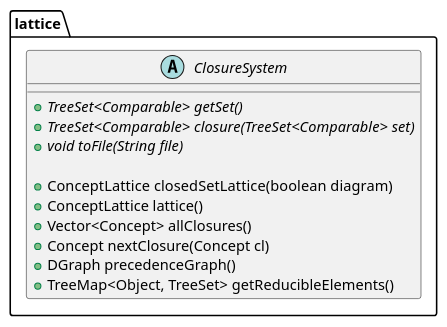
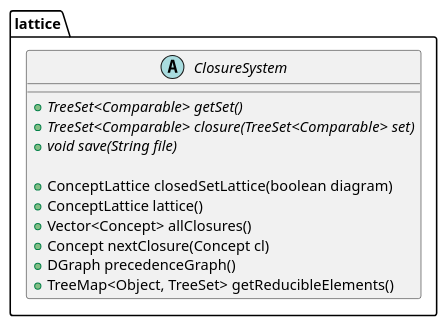
Before and after one commit to thegalactic/java-lattices: the diagram in src/lattice/ClosureSystem.iuml, drawn with PlantUML. The commit also changed 32 other files, not shown here.

```diff
--- a/src/lattice/ClosureSystem.iuml
+++ b/src/lattice/ClosureSystem.iuml
@@ -1,16 +1,16 @@
 package lattice {
     class ClosureSystem {
         +{abstract} TreeSet<Comparable> getSet()
         +{abstract} TreeSet<Comparable> closure(TreeSet<Comparable> set)
-        +{abstract} void toFile(String file)
+        +{abstract} void save(String file)
         
         +ConceptLattice closedSetLattice(boolean  diagram)
         +ConceptLattice lattice()
         +Vector<Concept> allClosures()
         +Concept nextClosure(Concept cl)
         +DGraph precedenceGraph()
         +TreeMap<Object, TreeSet> getReducibleElements()
     }
 
     abstract class ClosureSystem
 }
```
